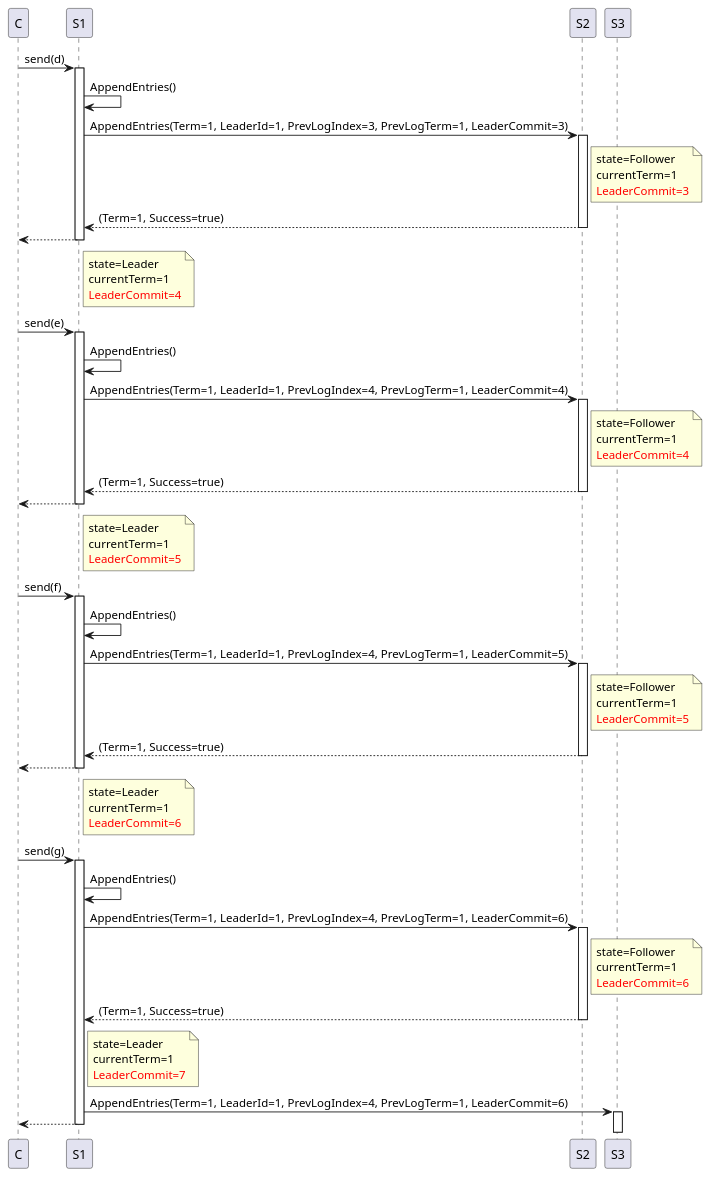
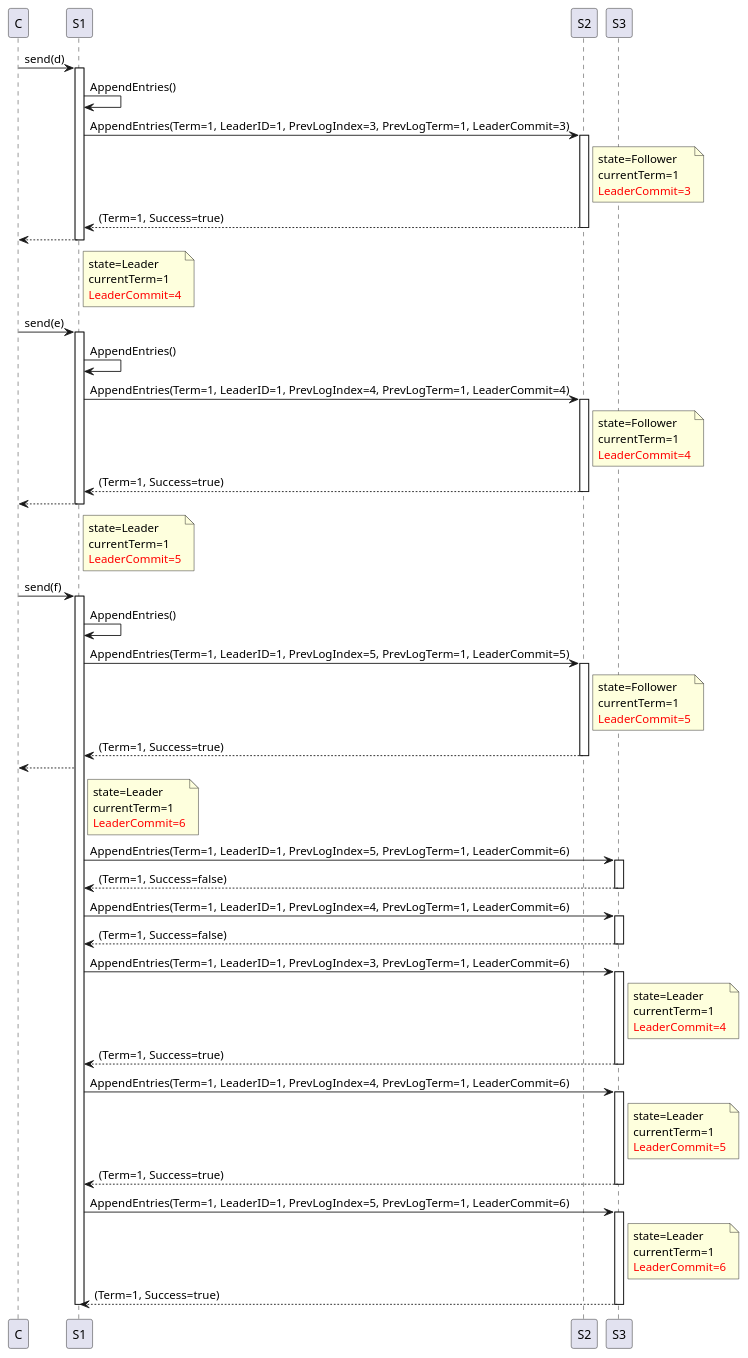
The fourth of 4 diagrams in src/pages/posts/distribution-raft.adoc (nocnob/notfound), drawn with PlantUML before and after one commit. The commit also changed other lines of this file and 1 other file, not shown here.

Commit message:
修改：     src/pages/posts/distribution-raft.adoc

```diff
--- a/src/pages/posts/distribution-raft.adoc
+++ b/src/pages/posts/distribution-raft.adoc
@@ -220,7 +221,7 @@
 c -> s1 : send(d)
 activate s1
 s1 -> s1 : AppendEntries()
-s1 -> s2 : AppendEntries(Term=1, LeaderId=1, PrevLogIndex=3, PrevLogTerm=1, LeaderCommit=3)
+s1 -> s2 : AppendEntries(Term=1, LeaderID=1, PrevLogIndex=3, PrevLogTerm=1, LeaderCommit=3)
 activate s2
 note right s2
     state=Follower
@@ -240,7 +241,7 @@
 c -> s1 : send(e)
 activate s1
 s1 -> s1 : AppendEntries()
-s1 -> s2 : AppendEntries(Term=1, LeaderId=1, PrevLogIndex=4, PrevLogTerm=1, LeaderCommit=4)
+s1 -> s2 : AppendEntries(Term=1, LeaderID=1, PrevLogIndex=4, PrevLogTerm=1, LeaderCommit=4)
 activate s2
 note right s2
     state=Follower
@@ -260,7 +261,7 @@
 c -> s1 : send(f)
 activate s1
 s1 -> s1 : AppendEntries()
-s1 -> s2 : AppendEntries(Term=1, LeaderId=1, PrevLogIndex=4, PrevLogTerm=1, LeaderCommit=5)
+s1 -> s2 : AppendEntries(Term=1, LeaderID=1, PrevLogIndex=5, PrevLogTerm=1, LeaderCommit=5)
 activate s2
 note right s2
     state=Follower
@@ -270,34 +271,51 @@
 s1 <-- s2 : (Term=1, Success=true)
 deactivate s2
 c <-- s1
-deactivate s1
 note right s1
     state=Leader
     currentTerm=1
     <font color=red>LeaderCommit=6
 end note
 
-c -> s1 : send(g)
-activate s1
-s1 -> s1 : AppendEntries()
-s1 -> s2 : AppendEntries(Term=1, LeaderId=1, PrevLogIndex=4, PrevLogTerm=1, LeaderCommit=6)
-activate s2
-note right s2
-    state=Follower
+s1 -> s3 : AppendEntries(Term=1, LeaderID=1, PrevLogIndex=5, PrevLogTerm=1, LeaderCommit=6)
+activate s3
+s1 <-- s3 : (Term=1, Success=false)
+deactivate s3
+s1 -> s3 : AppendEntries(Term=1, LeaderID=1, PrevLogIndex=4, PrevLogTerm=1, LeaderCommit=6)
+activate s3
+s1 <-- s3 : (Term=1, Success=false)
+deactivate s3
+s1 -> s3 : AppendEntries(Term=1, LeaderID=1, PrevLogIndex=3, PrevLogTerm=1, LeaderCommit=6)
+activate s3
+note right s3
+    state=Leader
+    currentTerm=1
+    <font color=red>LeaderCommit=4
+end note
+s1 <-- s3 : (Term=1, Success=true)
+deactivate s3
+
+s1 -> s3 : AppendEntries(Term=1, LeaderID=1, PrevLogIndex=4, PrevLogTerm=1, LeaderCommit=6)
+activate s3
+note right s3
+    state=Leader
+    currentTerm=1
+    <font color=red>LeaderCommit=5
+end note
+s1 <-- s3 : (Term=1, Success=true)
+deactivate s3
+
+s1 -> s3 : AppendEntries(Term=1, LeaderID=1, PrevLogIndex=5, PrevLogTerm=1, LeaderCommit=6)
+activate s3
+note right s3
+    state=Leader
     currentTerm=1
     <font color=red>LeaderCommit=6
 end note
-s1 <-- s2 : (Term=1, Success=true)
-deactivate s2
-note right s1
-    state=Leader
-    currentTerm=1
-    <font color=red>LeaderCommit=7
-end note
+s1 <-- s3 : (Term=1, Success=true)
+deactivate s3
 
-s1 -> s3 : AppendEntries(Term=1, LeaderId=1, PrevLogIndex=4, PrevLogTerm=1, LeaderCommit=6)
-activate s3
-c <-- s1
 deactivate s1
+
 @enduml
 ----
```
